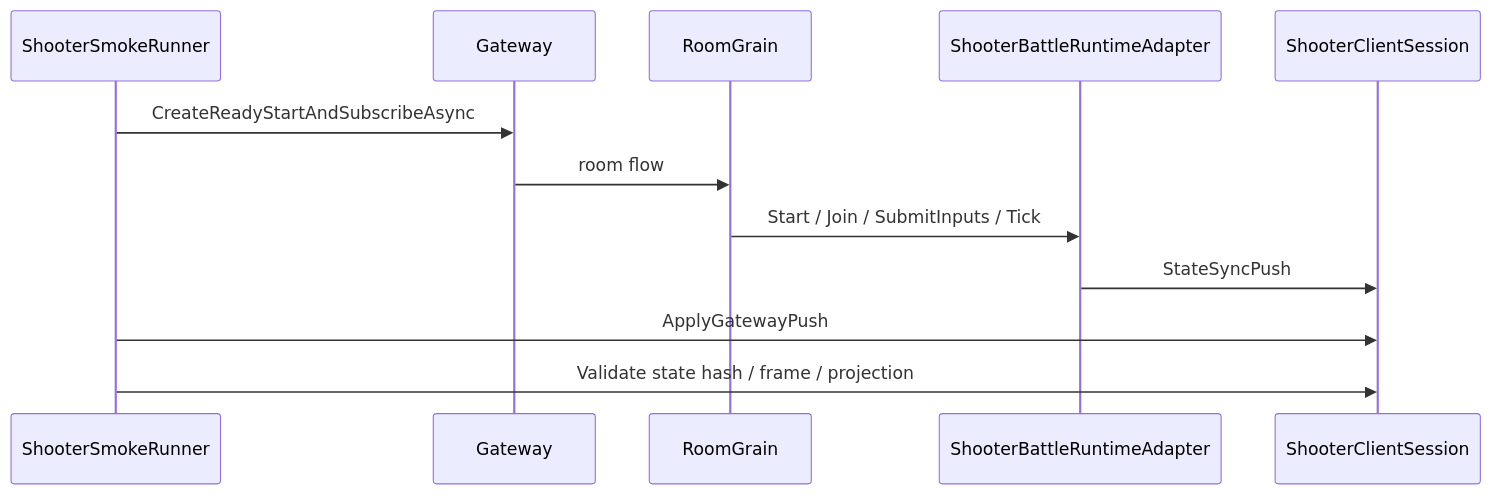
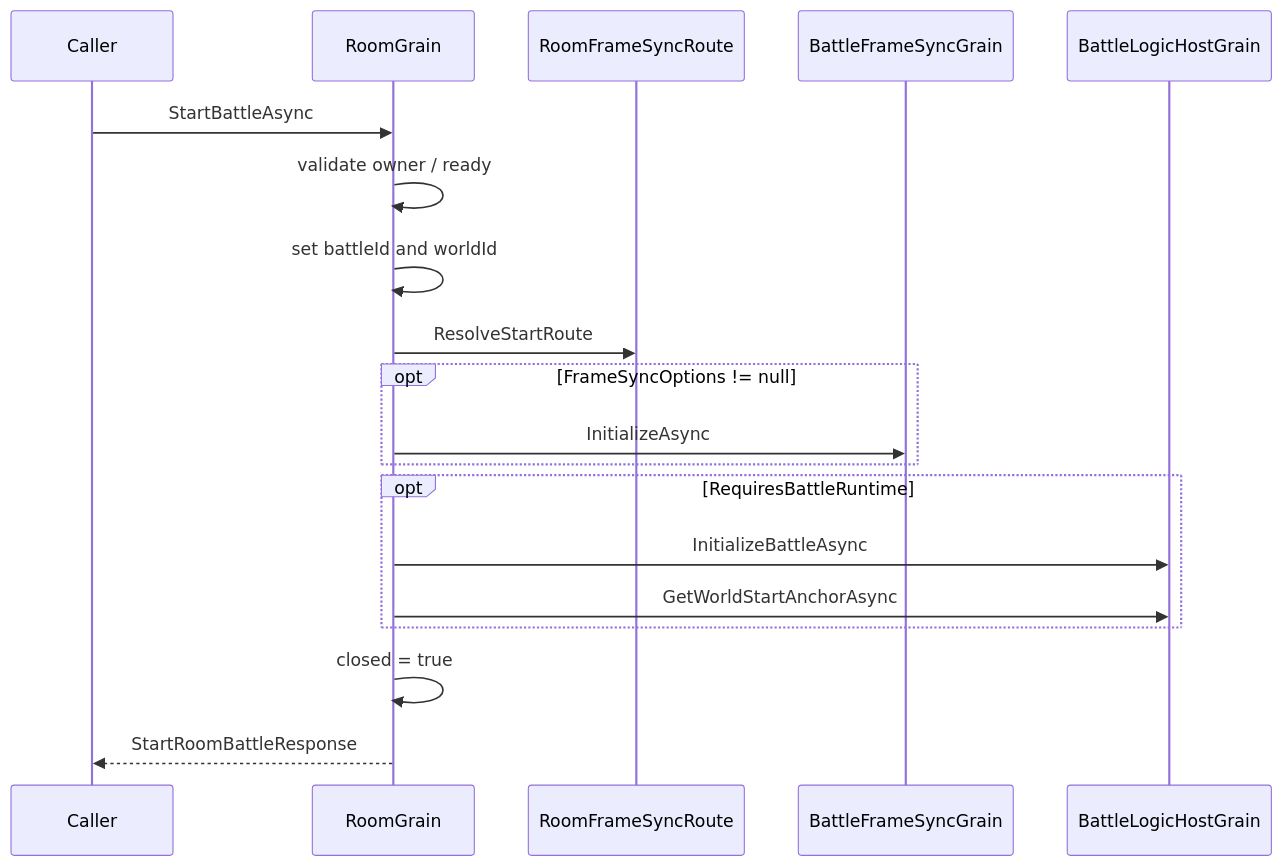
The second of 2 diagrams in Docs/design/09-ImplementationExamples/Shooter/05-ServerFlowAndSmokeDeepDive.md (Kurumioi/AbilityKit), drawn with Mermaid before and after one commit. The commit also changed other lines of this file and 118 other files, not shown here.

````diff
--- a/Docs/design/09-ImplementationExamples/Shooter/05-ServerFlowAndSmokeDeepDive.md
+++ b/Docs/design/09-ImplementationExamples/Shooter/05-ServerFlowAndSmokeDeepDive.md
@@ -112,15 +91,22 @@
 ```mermaid
 sequenceDiagram
-    participant Smoke as ShooterSmokeRunner
-    participant Gateway as Gateway
+    participant Caller
     participant Room as RoomGrain
-    participant Battle as ShooterBattleRuntimeAdapter
-    participant Client as ShooterClientSession
+    participant Route as RoomFrameSyncRoute
+    participant Frame as BattleFrameSyncGrain
+    participant Battle as BattleLogicHostGrain
 
-    Smoke->>Gateway: CreateReadyStartAndSubscribeAsync
-    Gateway->>Room: room flow
-    Room->>Battle: Start / Join / SubmitInputs / Tick
-    Battle->>Client: StateSyncPush
-    Smoke->>Client: ApplyGatewayPush
-    Smoke->>Client: Validate state hash / frame / projection
+    Caller->>Room: StartBattleAsync
+    Room->>Room: validate owner / ready
+    Room->>Room: set battleId and worldId
+    Room->>Route: ResolveStartRoute
+    opt FrameSyncOptions != null
+        Room->>Frame: InitializeAsync
+    end
+    opt RequiresBattleRuntime
+        Room->>Battle: InitializeBattleAsync
+        Room->>Battle: GetWorldStartAnchorAsync
+    end
+    Room->>Room: closed = true
+    Room-->>Caller: StartRoomBattleResponse
 ```
````
